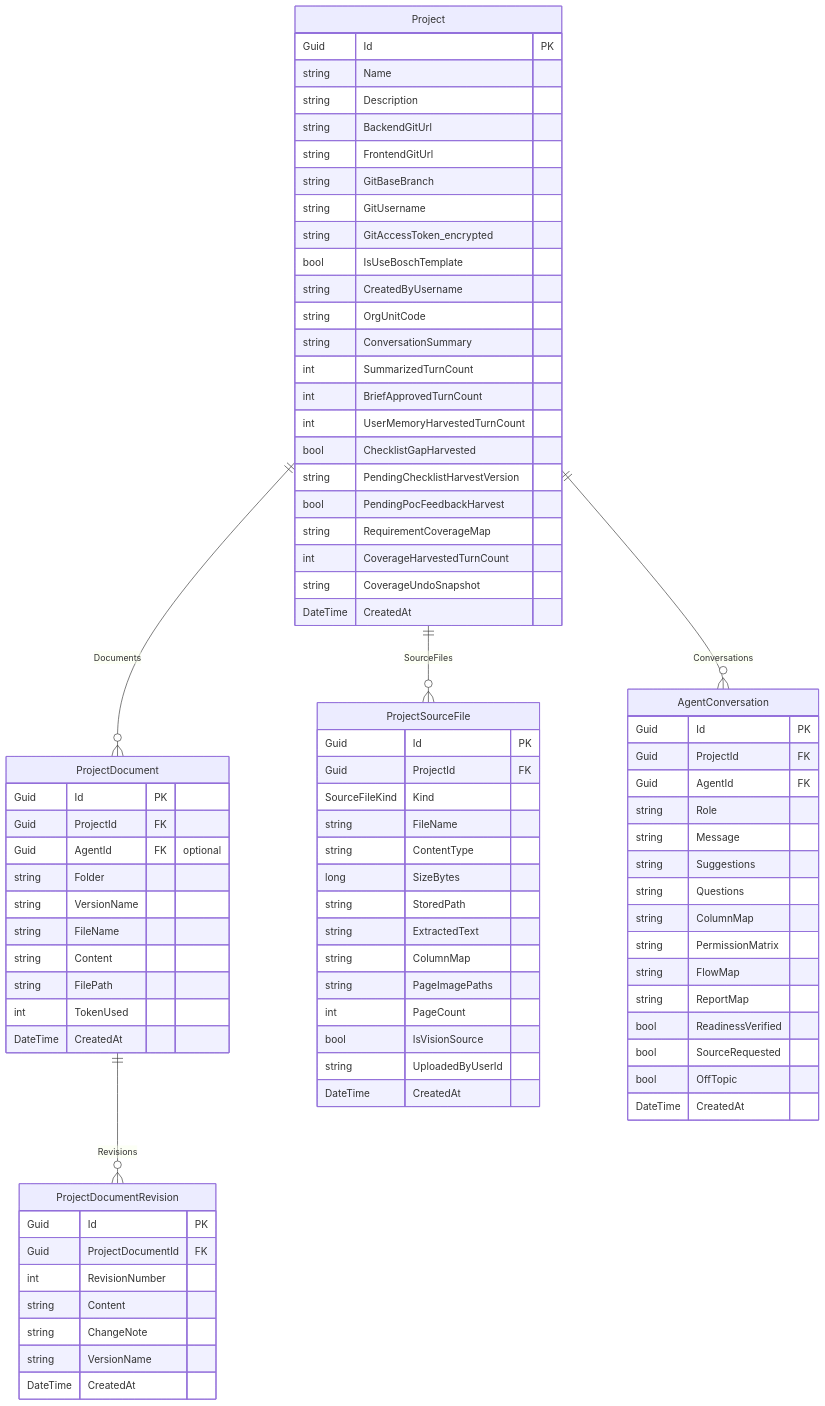
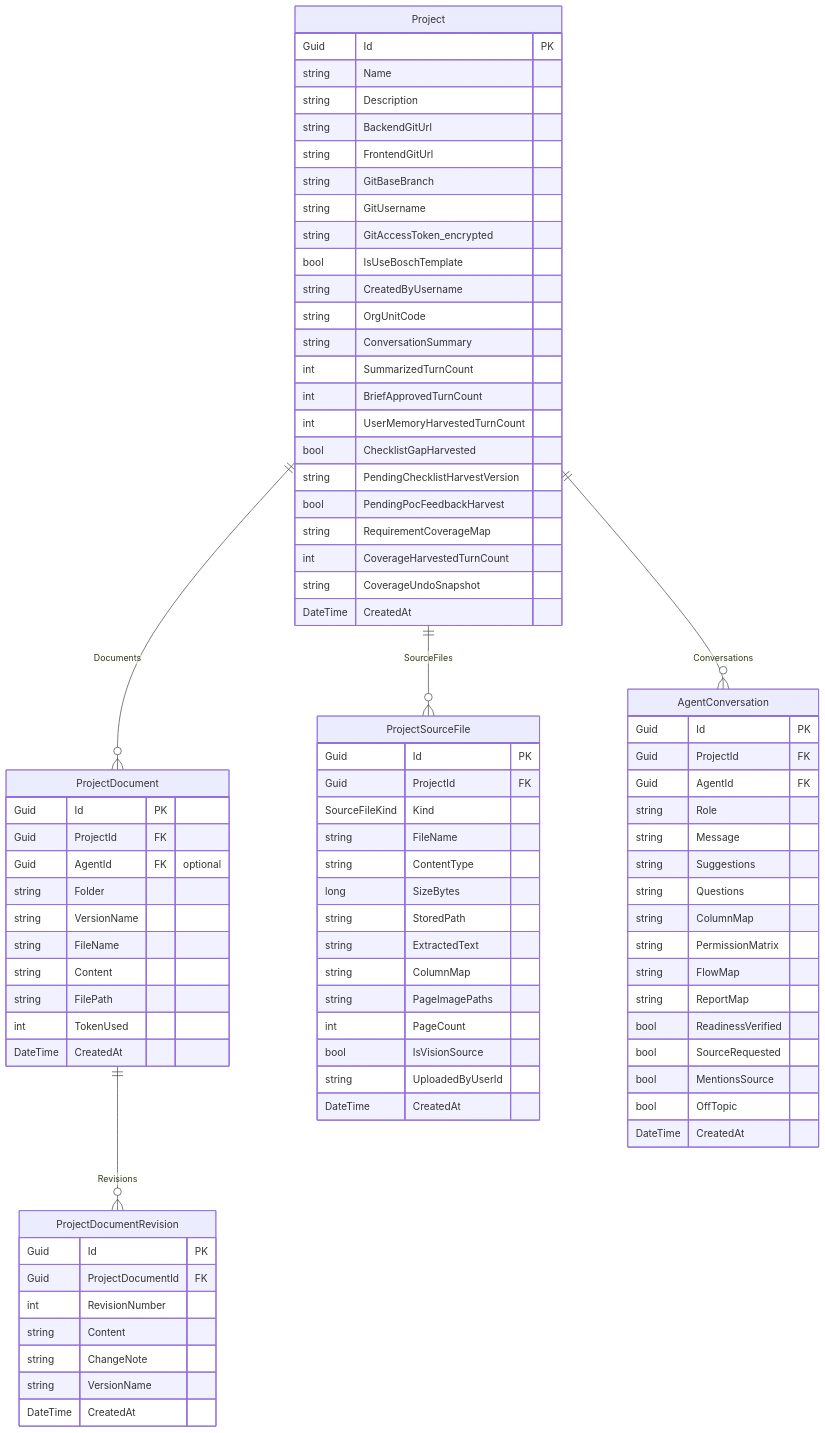
Before and after one commit to Songlong0506/ICOGenerator-v4: the second of 9 diagrams in docs/data-model.md, drawn with Mermaid. The commit also changed other lines of this file and 22 other files, not shown here.

```diff
--- a/docs/data-model.md
+++ b/docs/data-model.md
@@ -179,6 +179,7 @@
         string ReportMap
         bool ReadinessVerified
         bool SourceRequested
+        bool MentionsSource
         bool OffTopic
         DateTime CreatedAt
     }
```
